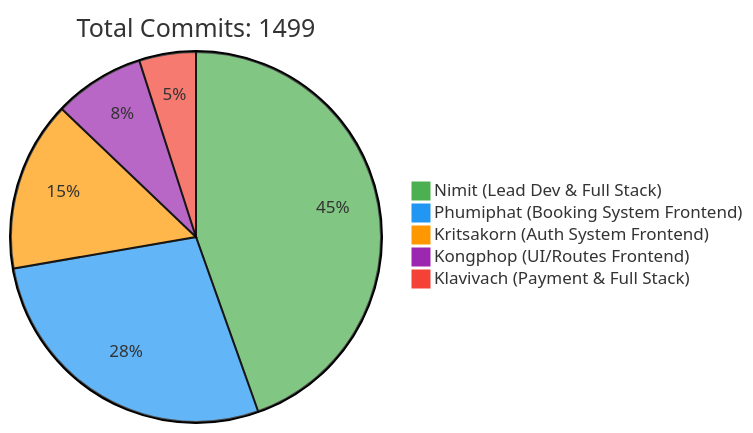
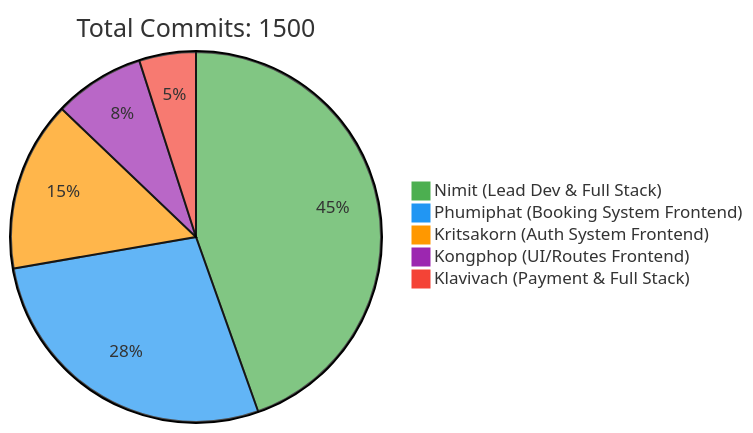
One commit to 6531503042/Sport-Complex changed the first of 2 diagrams in README.md. Above: the diagram before and after it, drawn with Mermaid. The commit also changed other lines of this file, not shown here.

Commit message:
docs: Update contributor statistics [skip ci]

````diff
--- a/README.md
+++ b/README.md
@@ -257,10 +257,10 @@
 ```mermaid
 %%{init: {'theme': 'base', 'themeVariables': { 'pie1': '#4CAF50', 'pie2': '#2196F3', 'pie3': '#FF9800', 'pie4': '#9C27B0', 'pie5': '#F44336'}}}%%
 pie
-    title Total Commits: 1499
+    title Total Commits: 1500
     "Nimit (Lead Dev & Full Stack)" : 450
     "Phumiphat (Booking System Frontend)" : 280
     "Kritsakorn (Auth System Frontend)" : 150
     "Kongphop (UI/Routes Frontend)" : 80
     "Klavivach (Payment & Full Stack)" : 50
 ```
````
